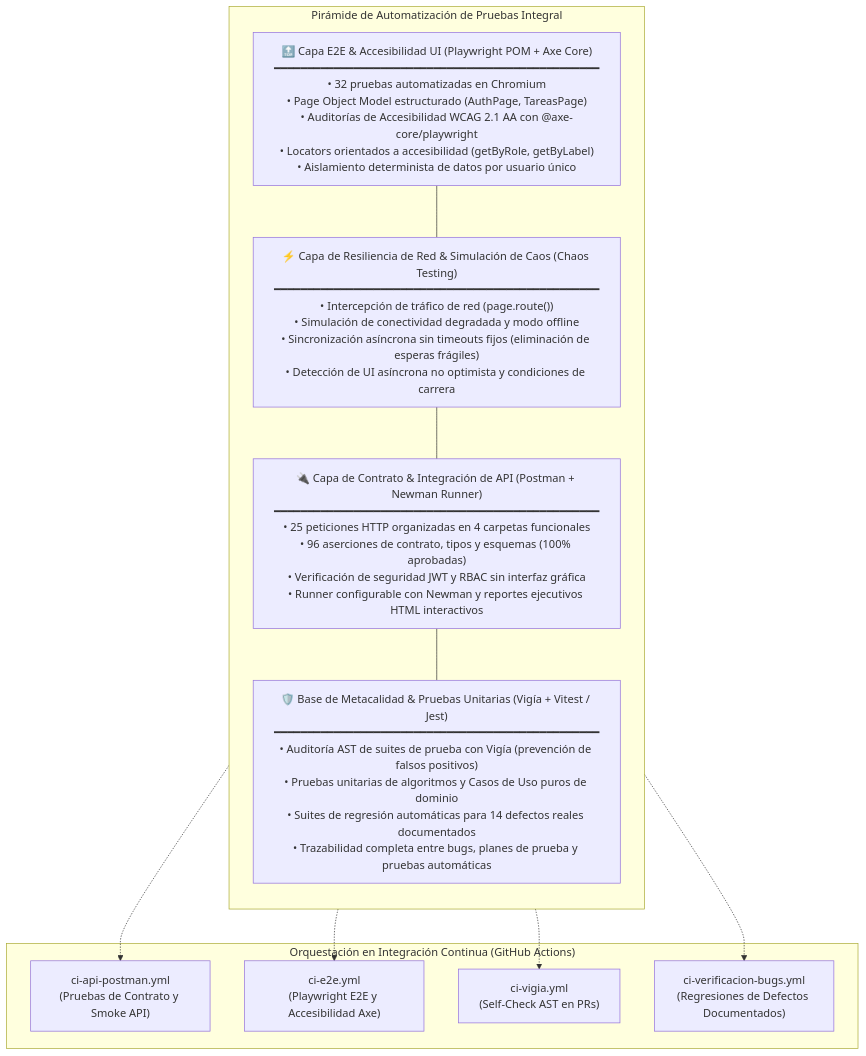
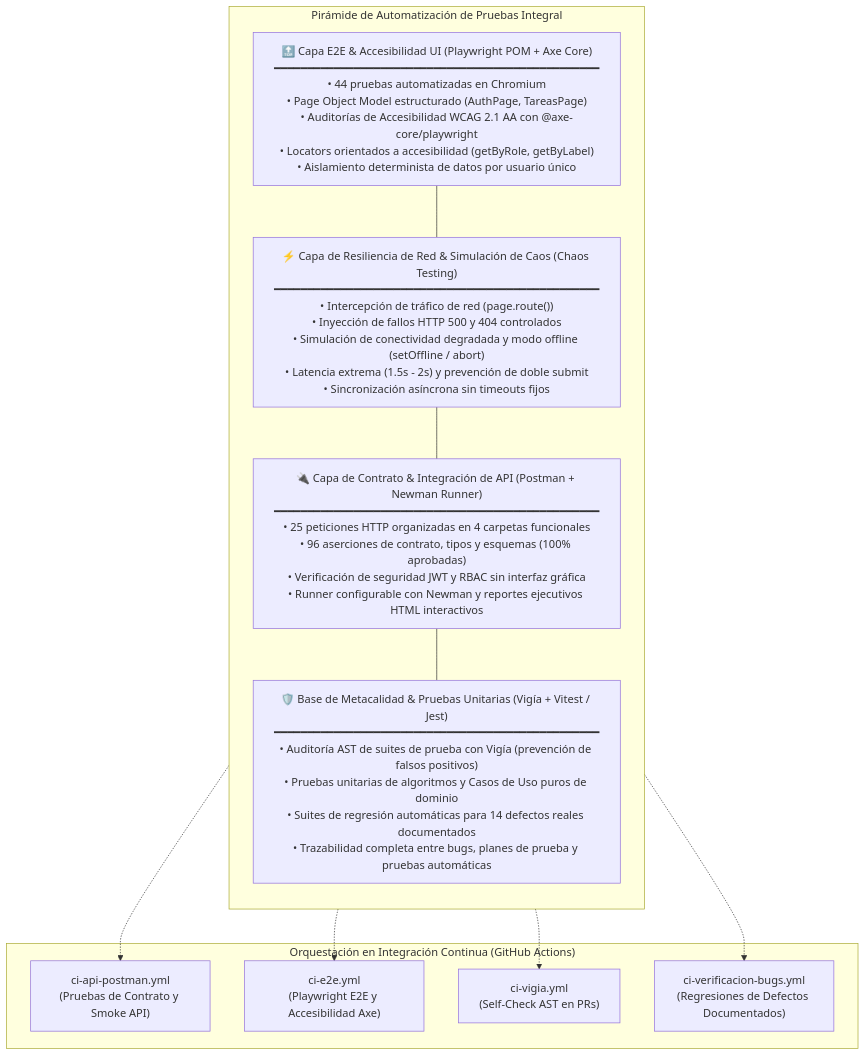
Before and after one commit to Eduardomr1/proyectos-de-qa: the diagram in automatizacion-e2e/README.md, drawn with Mermaid. The commit also changed other lines of this file and 3 other files, not shown here.

Commit message:
feat(e2e): suite de resiliencia de red y mocking avanzado (HTTP 500/404, offline y slow 3G)

````diff
--- a/automatizacion-e2e/README.md
+++ b/automatizacion-e2e/README.md
@@ -65,30 +66,30 @@
 ```mermaid
 flowchart TD
     subgraph Pyramid["Pirámide de Automatización de Pruebas Integral"]
         direction TB
 
-        L4["🔝 Capa E2E & Accesibilidad UI (Playwright POM + Axe Core)<br/>━━━━━━━━━━━━━━━━━━━━━━━━━━━━━━━━━━━━━━━━━━━━━━━━━<br/>• 32 pruebas automatizadas en Chromium<br/>• Page Object Model estructurado (AuthPage, TareasPage)<br/>• Auditorías de Accesibilidad WCAG 2.1 AA con @axe-core/playwright<br/>• Locators orientados a accesibilidad (getByRole, getByLabel)<br/>• Aislamiento determinista de datos por usuario único"]
+        L4["🔝 Capa E2E & Accesibilidad UI (Playwright POM + Axe Core)<br/>━━━━━━━━━━━━━━━━━━━━━━━━━━━━━━━━━━━━━━━━━━━━━━━━━<br/>• 44 pruebas automatizadas en Chromium<br/>• Page Object Model estructurado (AuthPage, TareasPage)<br/>• Auditorías de Accesibilidad WCAG 2.1 AA con @axe-core/playwright<br/>• Locators orientados a accesibilidad (getByRole, getByLabel)<br/>• Aislamiento determinista de datos por usuario único"]
 
-        L3["⚡ Capa de Resiliencia de Red & Simulación de Caos (Chaos Testing)<br/>━━━━━━━━━━━━━━━━━━━━━━━━━━━━━━━━━━━━━━━━━━━━━━━━━<br/>• Intercepción de tráfico de red (page.route())<br/>• Simulación de conectividad degradada y modo offline<br/>• Sincronización asíncrona sin timeouts fijos (eliminación de esperas frágiles)<br/>• Detección de UI asíncrona no optimista y condiciones de carrera"]
+        L3["⚡ Capa de Resiliencia de Red & Simulación de Caos (Chaos Testing)<br/>━━━━━━━━━━━━━━━━━━━━━━━━━━━━━━━━━━━━━━━━━━━━━━━━━<br/>• Intercepción de tráfico de red (page.route())<br/>• Inyección de fallos HTTP 500 y 404 controlados<br/>• Simulación de conectividad degradada y modo offline (setOffline / abort)<br/>• Latencia extrema (1.5s - 2s) y prevención de doble submit<br/>• Sincronización asíncrona sin timeouts fijos"]
 
         L2["🔌 Capa de Contrato & Integración de API (Postman + Newman Runner)<br/>━━━━━━━━━━━━━━━━━━━━━━━━━━━━━━━━━━━━━━━━━━━━━━━━━<br/>• 25 peticiones HTTP organizadas en 4 carpetas funcionales<br/>• 96 aserciones de contrato, tipos y esquemas (100% aprobadas)<br/>• Verificación de seguridad JWT y RBAC sin interfaz gráfica<br/>• Runner configurable con Newman y reportes ejecutivos HTML interactivos"]
 
         L1["🛡️ Base de Metacalidad & Pruebas Unitarias (Vigía + Vitest / Jest)<br/>━━━━━━━━━━━━━━━━━━━━━━━━━━━━━━━━━━━━━━━━━━━━━━━━━<br/>• Auditoría AST de suites de prueba con Vigía (prevención de falsos positivos)<br/>• Pruebas unitarias de algoritmos y Casos de Uso puros de dominio<br/>• Suites de regresión automáticas para 14 defectos reales documentados<br/>• Trazabilidad completa entre bugs, planes de prueba y pruebas automáticas"]
 
         L4 --- L3
         L3 --- L2
         L2 --- L1
     end
 
     subgraph CI_Pipelines["Orquestación en Integración Continua (GitHub Actions)"]
         CI_API["ci-api-postman.yml<br/>(Pruebas de Contrato y Smoke API)"]
         CI_E2E["ci-e2e.yml<br/>(Playwright E2E y Accesibilidad Axe)"]
         CI_Vigia["ci-vigia.yml<br/>(Self-Check AST en PRs)"]
         CI_Bugs["ci-verificacion-bugs.yml<br/>(Regresiones de Defectos Documentados)"]
     end
 
     L2 -.-> CI_API
     L4 -.-> CI_E2E
     L1 -.-> CI_Vigia
     L1 -.-> CI_Bugs
 ```
````
